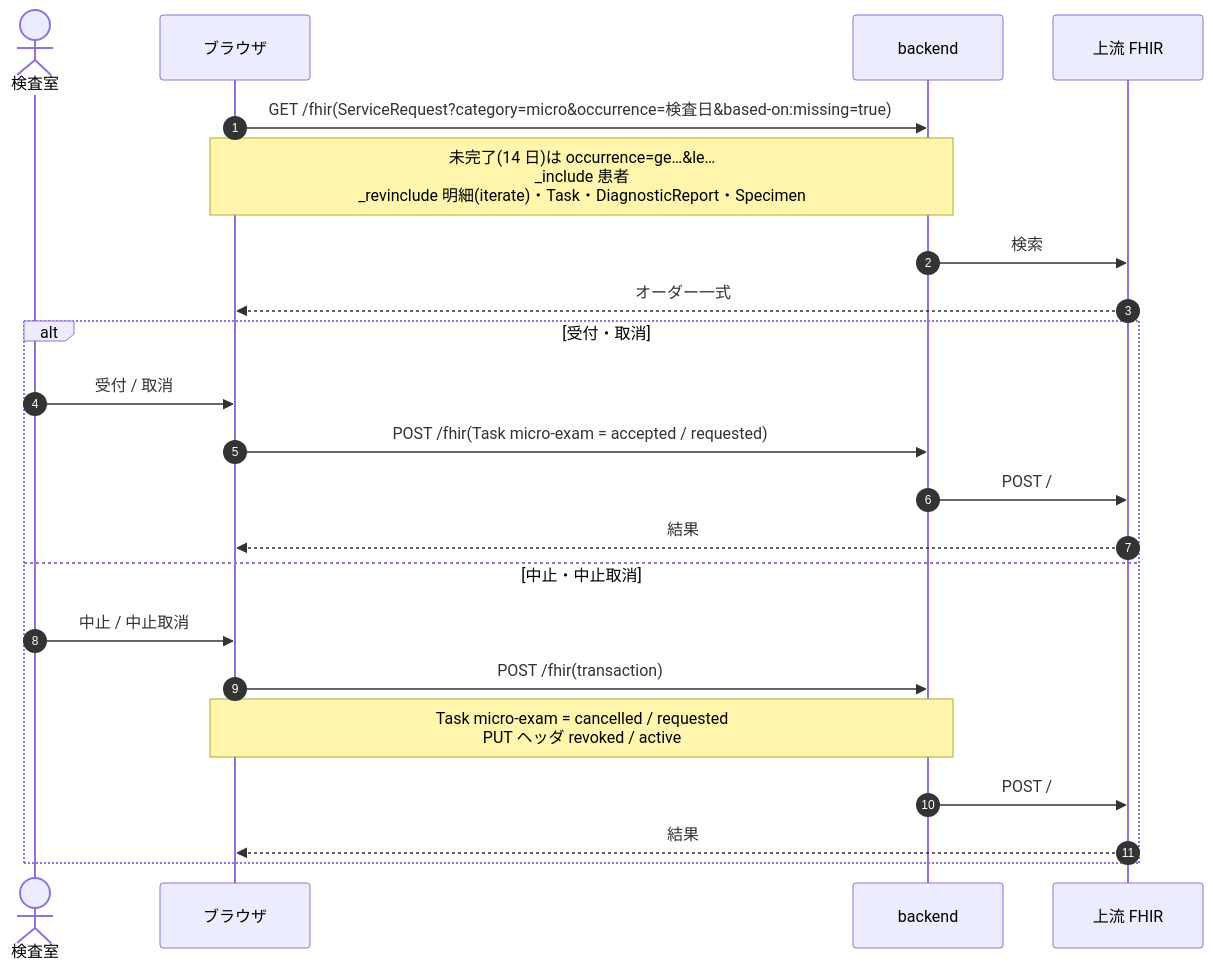
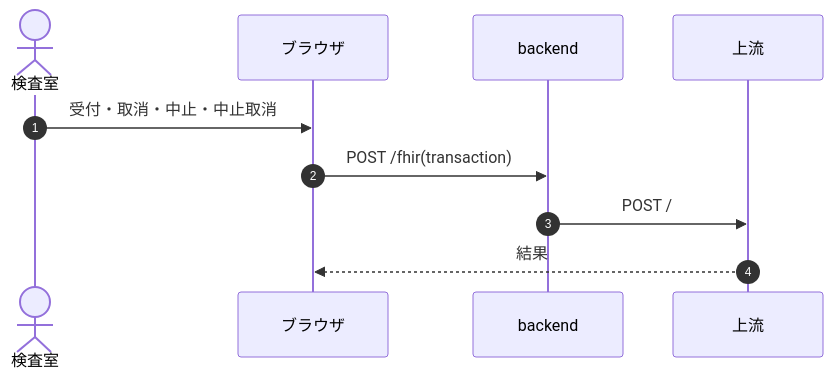
Before and after one commit to ysnr-dev/fhir-client-docs: the ninth of 11 diagrams in docs/dev/micro.md, drawn with Mermaid. The commit also changed other lines of this file and 43 other files, not shown here.

Commit message:
docs: 業務フローとシーケンス図を写し直し

````diff
--- a/docs/dev/micro.md
+++ b/docs/dev/micro.md
@@ -170,25 +347,13 @@
 ```mermaid
 sequenceDiagram
   autonumber
   actor Tech as 検査室
   participant UI as ブラウザ
   participant BE as backend
-  participant FHIR as 上流 FHIR
+  participant FHIR as 上流
 
-  UI->>BE: GET /fhir(ServiceRequest?category=micro&occurrence=検査日&based-on:missing=true)
-  Note over UI,BE: 未完了(14 日)は occurrence=ge…&le…<br/>_include 患者<br/>_revinclude 明細(iterate)・Task・DiagnosticReport・Specimen
-  BE->>FHIR: 検索
-  FHIR-->>UI: オーダー一式
-  alt 受付・取消
-    Tech->>UI: 受付 / 取消
-    UI->>BE: POST /fhir(Task micro-exam = accepted / requested)
-    BE->>FHIR: POST /
-    FHIR-->>UI: 結果
-  else 中止・中止取消
-    Tech->>UI: 中止 / 中止取消
-    UI->>BE: POST /fhir(transaction)
-    Note over UI,BE: Task micro-exam = cancelled / requested<br/>PUT ヘッダ revoked / active
-    BE->>FHIR: POST /
-    FHIR-->>UI: 結果
-  end
+  Tech->>UI: 受付・取消・中止・中止取消
+  UI->>BE: POST /fhir(transaction)
+  BE->>FHIR: POST /
+  FHIR-->>UI: 結果
 ```
````
